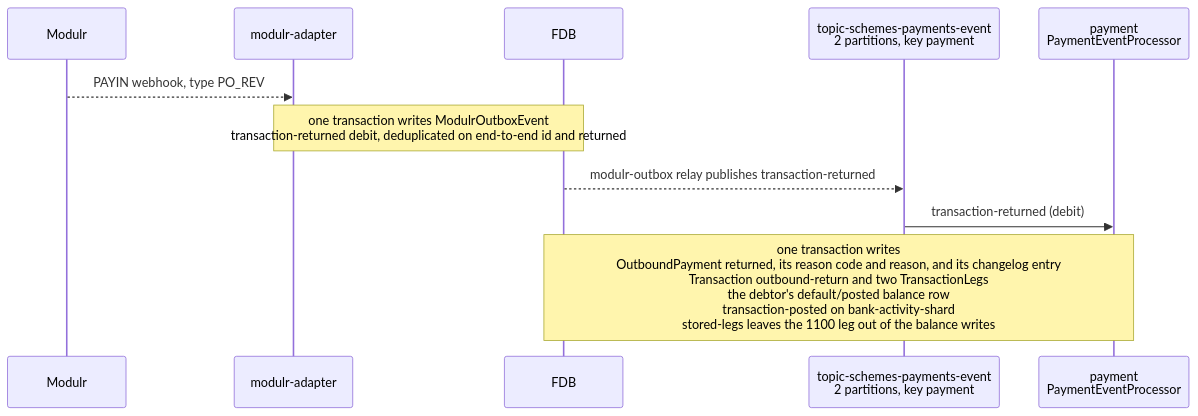
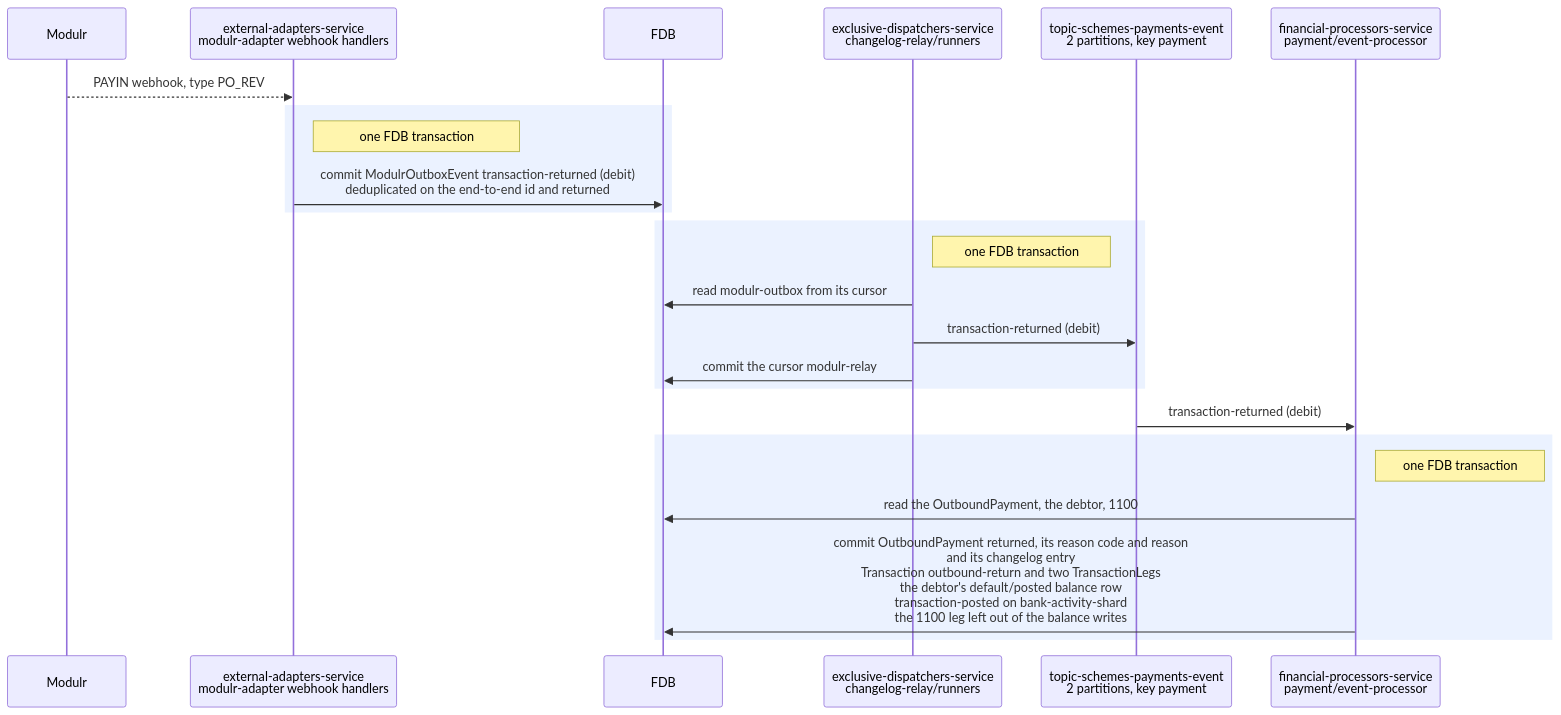
One commit to repldriven/queenswood changed the seventh of 7 diagrams in docs/tdd/payments-outbound.md. Above: the diagram before and after it, drawn with Mermaid. The commit also changed other lines of this file, not shown here.

First line of the commit message:
Draw each FDB transaction as a commit to it, and name every participant as it is in the code

````diff
--- a/docs/tdd/payments-outbound.md
+++ b/docs/tdd/payments-outbound.md
@@ -217,13 +284,26 @@
 ```mermaid
 sequenceDiagram
     participant PR as Modulr
-    participant AD as modulr-adapter
+    participant WH as external-adapters-service<br/>modulr-adapter webhook handlers
     participant DB as FDB
+    participant OR as exclusive-dispatchers-service<br/>changelog-relay/runners
     participant SE as topic-schemes-payments-event<br/>2 partitions, key payment
-    participant PE as payment<br/>PaymentEventProcessor
-    PR-->>AD: PAYIN webhook, type PO_REV
-    Note over AD,DB: one transaction writes ModulrOutboxEvent<br/>transaction-returned debit, deduplicated on end-to-end id and returned
-    DB-->>SE: modulr-outbox relay publishes transaction-returned
+    participant PE as financial-processors-service<br/>payment/event-processor
+    PR-->>WH: PAYIN webhook, type PO_REV
+    rect rgb(235, 242, 255)
+    Note right of WH: one FDB transaction
+    WH->>DB: commit ModulrOutboxEvent transaction-returned (debit)<br/>deduplicated on the end-to-end id and returned
+    end
+    rect rgb(235, 242, 255)
+    Note right of OR: one FDB transaction
+    OR->>DB: read modulr-outbox from its cursor
+    OR->>SE: transaction-returned (debit)
+    OR->>DB: commit the cursor modulr-relay
+    end
     SE->>PE: transaction-returned (debit)
-    Note over PE,DB: one transaction writes<br/>OutboundPayment returned, its reason code and reason, and its changelog entry<br/>Transaction outbound-return and two TransactionLegs<br/>the debtor's default/posted balance row<br/>transaction-posted on bank-activity-shard<br/>stored-legs leaves the 1100 leg out of the balance writes
+    rect rgb(235, 242, 255)
+    Note right of PE: one FDB transaction
+    PE->>DB: read the OutboundPayment, the debtor, 1100
+    PE->>DB: commit OutboundPayment returned, its reason code and reason<br/>and its changelog entry<br/>Transaction outbound-return and two TransactionLegs<br/>the debtor's default/posted balance row<br/>transaction-posted on bank-activity-shard<br/>the 1100 leg left out of the balance writes
+    end
 ```
````
